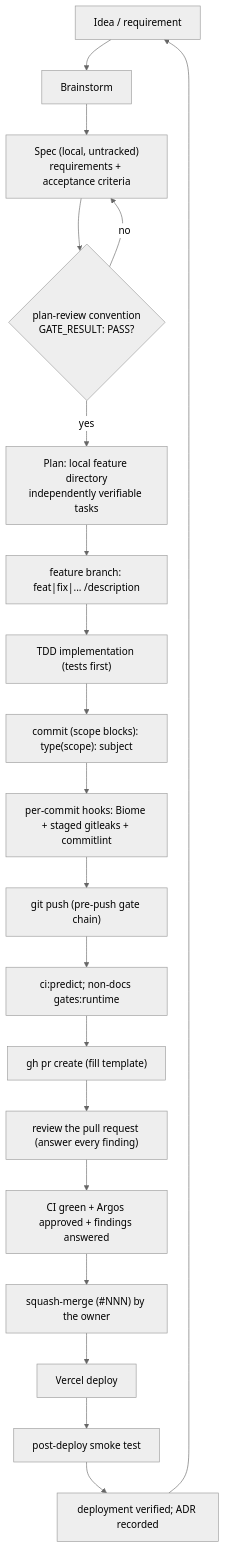
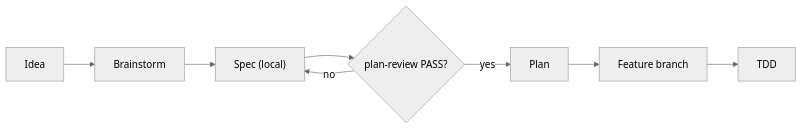
Before and after one commit to erikunha/portfolio: the first of 4 diagrams in docs/handbook/development-lifecycle.md, drawn with Mermaid (neutral theme). The commit also changed other lines of this file and 1454 other files, not shown here.

First line of the commit message:
refactor(architecture): milestones M0 to M14 and native ci:full (#423)

````diff
--- a/docs/handbook/development-lifecycle.md
+++ b/docs/handbook/development-lifecycle.md
@@ -7,22 +9,7 @@
 ```mermaid
-flowchart TD
-    idea["Idea / requirement"] --> brainstorm["Brainstorm"]
-    brainstorm --> spec["Spec (local, untracked)<br/>requirements + acceptance criteria"]
-    spec --> agate{"plan-review convention<br/>GATE_RESULT: PASS?"}
+flowchart LR
+    idea["Idea"] --> brainstorm["Brainstorm"] --> spec["Spec (local)"]
+    spec --> agate{"plan-review PASS?"}
     agate -->|no| spec
-    agate -->|yes| plan["Plan: local feature directory<br/>independently verifiable tasks"]
-    plan --> branch["feature branch: feat|fix|... /description"]
-    branch --> tdd["TDD implementation (tests first)"]
-    tdd --> commit["commit (scope blocks): type(scope): subject"]
-    commit --> hooks["per-commit hooks: Biome + staged gitleaks + commitlint"]
-    hooks --> push["git push (pre-push gate chain)"]
-    push --> readypr["ci:predict; non-docs gates:runtime"]
-    readypr --> pr["gh pr create (fill template)"]
-    pr --> conv["review the pull request (answer every finding)"]
-    conv --> readymerge["CI green + Argos approved + findings answered"]
-    readymerge --> merge["squash-merge (#NNN) by the owner"]
-    merge --> deploy["Vercel deploy"]
-    deploy --> smoke["post-deploy smoke test"]
-    smoke --> adr["deployment verified; ADR recorded"]
-    adr --> idea
+    agate -->|yes| plan["Plan"] --> branch["Feature branch"] --> tdd["TDD"]
 ```
````
